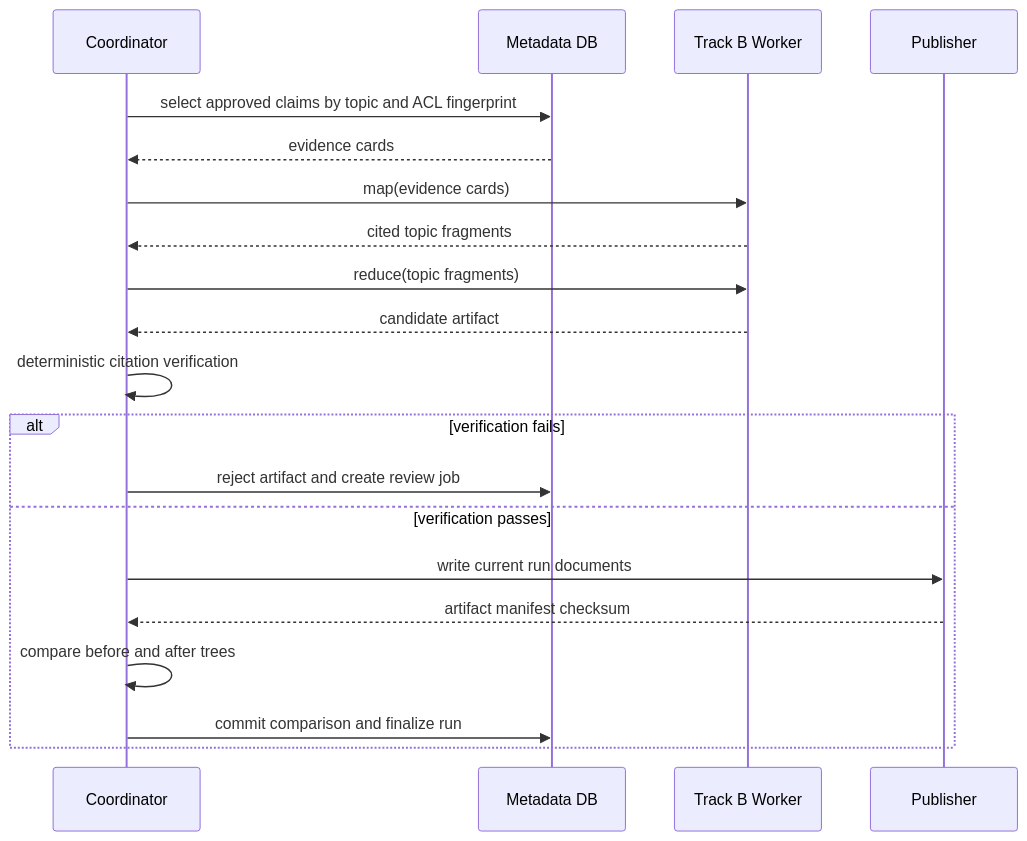
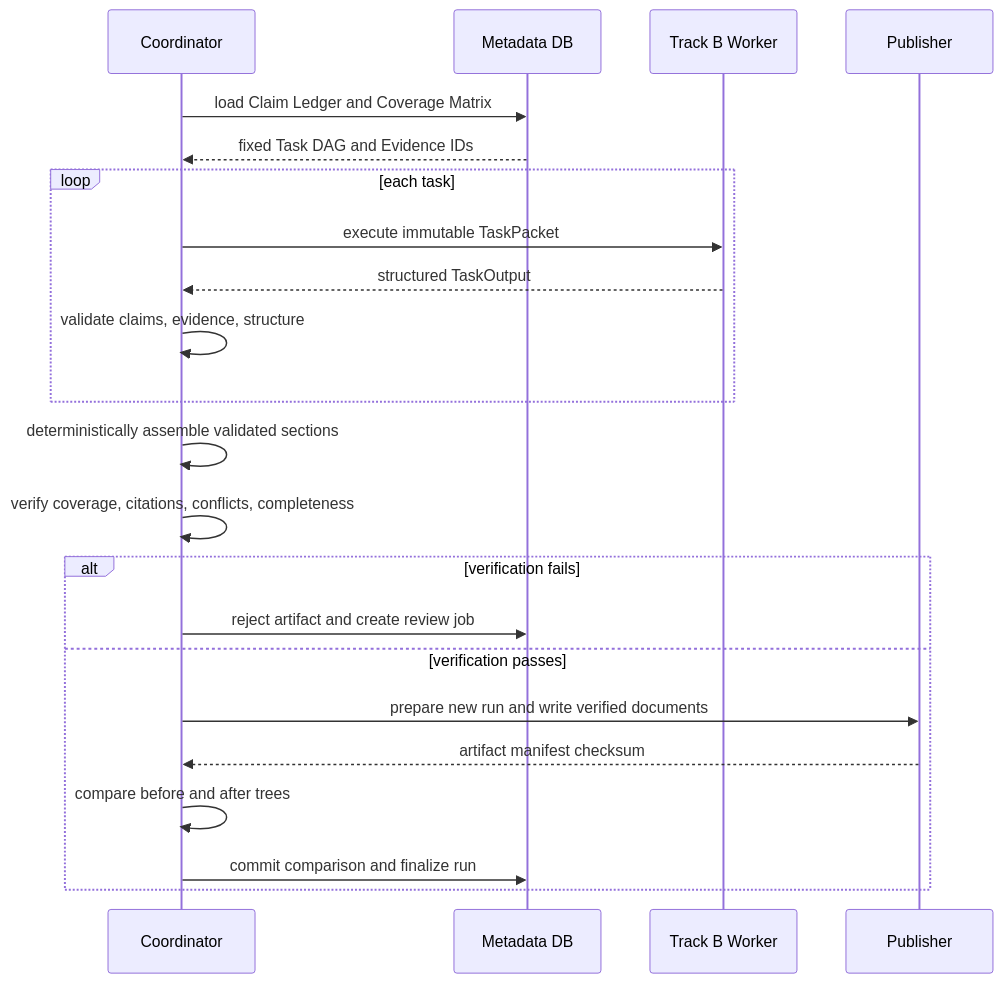
The sixth of 6 diagrams in docs/architecture.md (creatorjun/RAG), drawn with Mermaid before and after one commit. The commit also changed other lines of this file and 31 other files, not shown here.

Commit message:
Define evidence-led task orchestration and deterministic assembly

````diff
--- a/docs/architecture.md
+++ b/docs/architecture.md
@@ -237,22 +255,24 @@
 ```mermaid
 sequenceDiagram
     participant C as Coordinator
     participant M as Metadata DB
     participant B as Track B Worker
     participant P as Publisher
-    C->>M: select approved claims by topic and ACL fingerprint
-    M-->>C: evidence cards
-    C->>B: map(evidence cards)
-    B-->>C: cited topic fragments
-    C->>B: reduce(topic fragments)
-    B-->>C: candidate artifact
-    C->>C: deterministic citation verification
+    C->>M: load Claim Ledger and Coverage Matrix
+    M-->>C: fixed Task DAG and Evidence IDs
+    loop each task
+        C->>B: execute immutable TaskPacket
+        B-->>C: structured TaskOutput
+        C->>C: validate claims, evidence, structure
+    end
+    C->>C: deterministically assemble validated sections
+    C->>C: verify coverage, citations, conflicts, completeness
     alt verification fails
         C->>M: reject artifact and create review job
     else verification passes
-        C->>P: write current run documents
+        C->>P: prepare new run and write verified documents
         P-->>C: artifact manifest checksum
         C->>C: compare before and after trees
         C->>M: commit comparison and finalize run
     end
 ```
````
